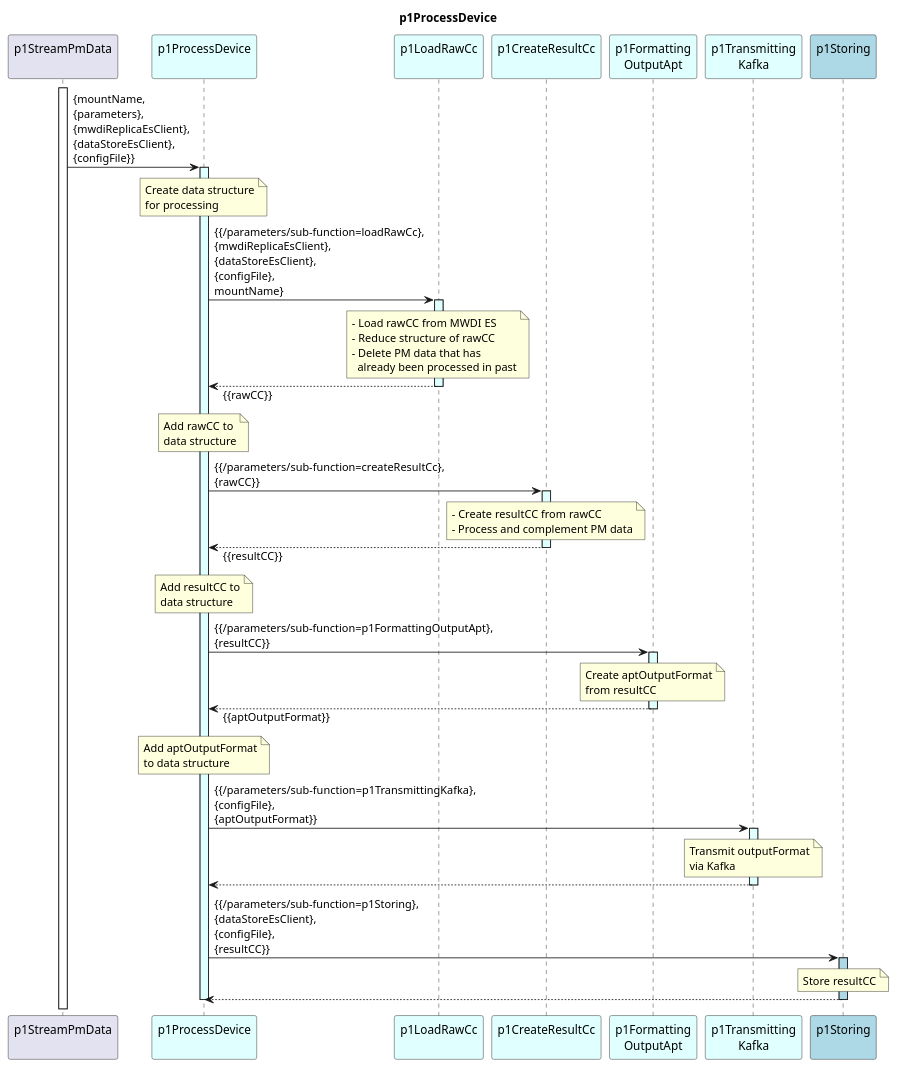
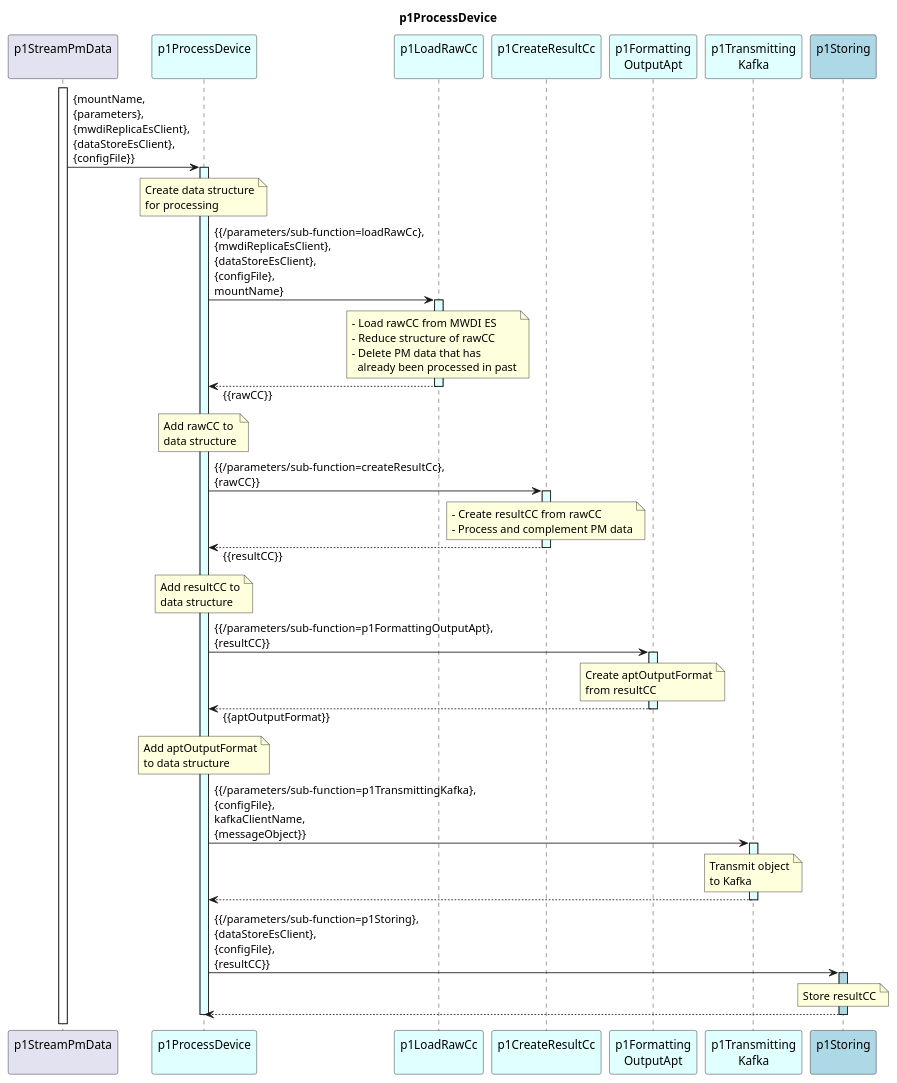
One commit to openBackhaul/DevicePerformanceManagementDataProcessor changed the diagram in spec/Functions/specificFunctions/p1StreamPmData/p1ProcessDevice/1.0.0/p1ProcessDevice.plantuml. Above: the diagram before and after it, drawn with PlantUML. The commit also changed 11 other files, not shown here.

```diff
--- a/spec/Functions/specificFunctions/p1StreamPmData/p1ProcessDevice/1.0.0/p1ProcessDevice.plantuml
+++ b/spec/Functions/specificFunctions/p1StreamPmData/p1ProcessDevice/1.0.0/p1ProcessDevice.plantuml
@@ -1,100 +1,100 @@
 @startuml p1ProcessDevice
 skinparam responseMessageBelowArrow true
 
 title
   p1ProcessDevice
 end title
 
 participant "p1StreamPmData\n" as requestor
 participant "p1ProcessDevice\n" as p1ProOrch #LightCyan
 participant "p1LoadRawCc\n" as p1AddRaw #LightCyan
 participant "p1CreateResultCc\n" as p1CRC #LightCyan
 participant "p1Formatting\nOutputApt" as p1Output #LightCyan
 participant "p1Transmitting\nKafka" as p1Trans #LightCyan
 participant "p1Storing\n" as p1Store #LightBlue
 
 
 activate requestor
 
 requestor -> p1ProOrch : {mountName,\n{parameters},\n{mwdiReplicaEsClient},\n{dataStoreEsClient},\n{configFile}}
 activate p1ProOrch #LightCyan
 
   note over p1ProOrch
     Create data structure
     for processing
   end note
 
   p1ProOrch -> p1AddRaw : {{/parameters/sub-function=loadRawCc},\n{mwdiReplicaEsClient},\n{dataStoreEsClient},\n{configFile},\nmountName}
   activate p1AddRaw #LightCyan
 
     note over p1AddRaw
       - Load rawCC from MWDI ES
       - Reduce structure of rawCC
       - Delete PM data that has
         already been processed in past
     end note
 
   p1ProOrch <-- p1AddRaw : {{rawCC}}
   deactivate p1AddRaw
 
   note over p1ProOrch
     Add rawCC to
     data structure
   end note
 
   p1ProOrch -> p1CRC : {{/parameters/sub-function=createResultCc},\n{rawCC}}
   activate p1CRC #LightCyan
 
     note over p1CRC
       - Create resultCC from rawCC
       - Process and complement PM data
     end note
 
   p1ProOrch <-- p1CRC : {{resultCC}}
   deactivate p1CRC
 
   note over p1ProOrch
     Add resultCC to
     data structure
   end note
 
   p1ProOrch -> p1Output : {{/parameters/sub-function=p1FormattingOutputApt},\n{resultCC}}
   activate p1Output #LightCyan
 
     note over p1Output
       Create aptOutputFormat
       from resultCC
     end note
 
   p1ProOrch <-- p1Output : {{aptOutputFormat}}
   deactivate p1Output
 
   note over p1ProOrch
     Add aptOutputFormat
     to data structure
   end note
 
-  p1ProOrch -> p1Trans : {{/parameters/sub-function=p1TransmittingKafka},\n{configFile},\n{aptOutputFormat}}
+  p1ProOrch -> p1Trans : {{/parameters/sub-function=p1TransmittingKafka},\n{configFile},\nkafkaClientName,\n{messageObject}}
   activate p1Trans #LightCyan
 
     note over p1Trans
-      Transmit outputFormat
-      via Kafka
+      Transmit object
+      to Kafka
     end note
 
   p1ProOrch <-- p1Trans
   deactivate p1Trans
 
   p1ProOrch -> p1Store : {{/parameters/sub-function=p1Storing},\n{dataStoreEsClient},\n{configFile},\n{resultCC}}
   activate p1Store #LightBlue
 
     note over p1Store
       Store resultCC
     end note
 
   p1ProOrch <-- p1Store
   deactivate p1Store
 
 deactivate p1ProOrch
 
 @enduml
```
